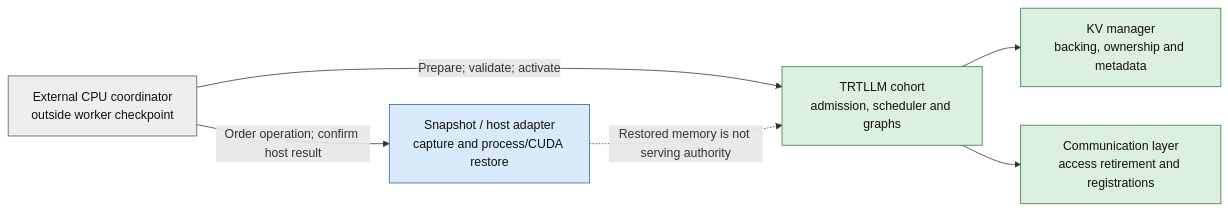
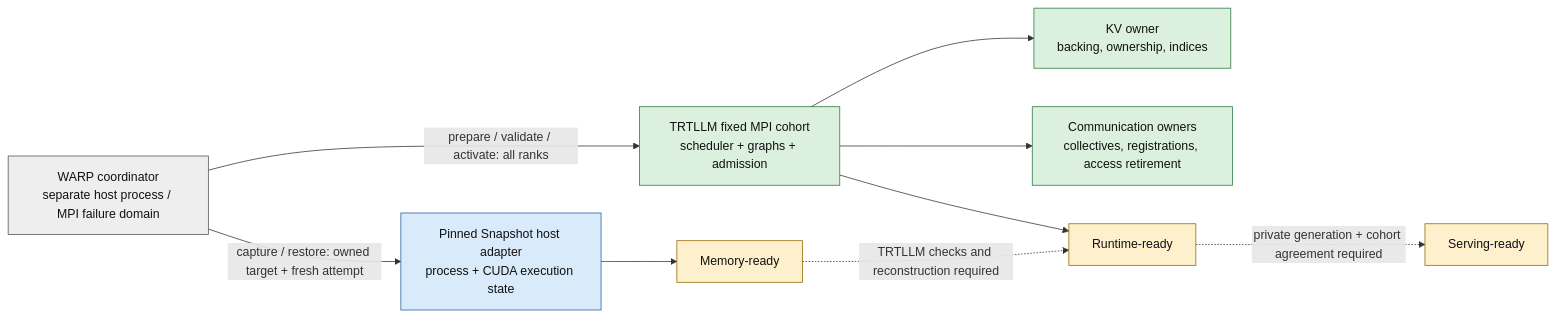
Before and after one commit to NVIDIA/TensorRT-LLM: the diagram in examples/serve/snapshot/STATE_AND_HOST_AUDIT.md, drawn with Mermaid. The commit also changed other lines of this file and 2 other files, not shown here.

Commit message:
[None][doc] Complete native state ownership audit and standalone host binding

````diff
--- a/examples/serve/snapshot/STATE_AND_HOST_AUDIT.md
+++ b/examples/serve/snapshot/STATE_AND_HOST_AUDIT.md
@@ -20,19 +45,27 @@
 ```mermaid
 flowchart LR
-    C["External CPU coordinator<br/>outside worker checkpoint"]
-    H["Snapshot / host adapter<br/>capture and process/CUDA restore"]
-    E["TRTLLM cohort<br/>admission, scheduler and graphs"]
-    K["KV manager<br/>backing, ownership and metadata"]
-    T["Communication layer<br/>access retirement and registrations"]
-    C -->|"Order operation; confirm host result"| H
-    C -->|"Prepare; validate; activate"| E
+    C["WARP coordinator<br/>separate host process / MPI failure domain"]
+    H["Pinned Snapshot host adapter<br/>process + CUDA execution state"]
+    E["TRTLLM fixed MPI cohort<br/>scheduler + graphs + admission"]
+    K["KV owner<br/>backing, ownership, indices"]
+    T["Communication owners<br/>collectives, registrations, access retirement"]
+    M["Memory-ready"]
+    R["Runtime-ready"]
+    S["Serving-ready"]
+    C -->|"capture / restore: owned target + fresh attempt"| H
+    C -->|"prepare / validate / activate: all ranks"| E
     E --> K
     E --> T
-    H -.->|"Restored memory is not serving authority"| E
-    classDef control fill:#eeeeee,stroke:#555555,color:#111111
-    classDef host fill:#d9eafa,stroke:#2463a6,color:#111111
-    classDef engine fill:#dcf0df,stroke:#287a3e,color:#111111
-    class C control
-    class H host
-    class E,K,T engine
+    H --> M
+    M -.->|"TRTLLM checks and reconstruction required"| R
+    E --> R
+    R -.->|"private generation + cohort agreement required"| S
+    classDef coordinator fill:#eeeeee,stroke:#555555,color:#111111
+    classDef snapshot fill:#d9eafa,stroke:#2463a6,color:#111111
+    classDef trtllm fill:#dcf0df,stroke:#287a3e,color:#111111
+    classDef gate fill:#fff0cd,stroke:#946800,color:#111111
+    class C coordinator
+    class H snapshot
+    class E,K,T trtllm
+    class M,R,S gate
 ```
````
